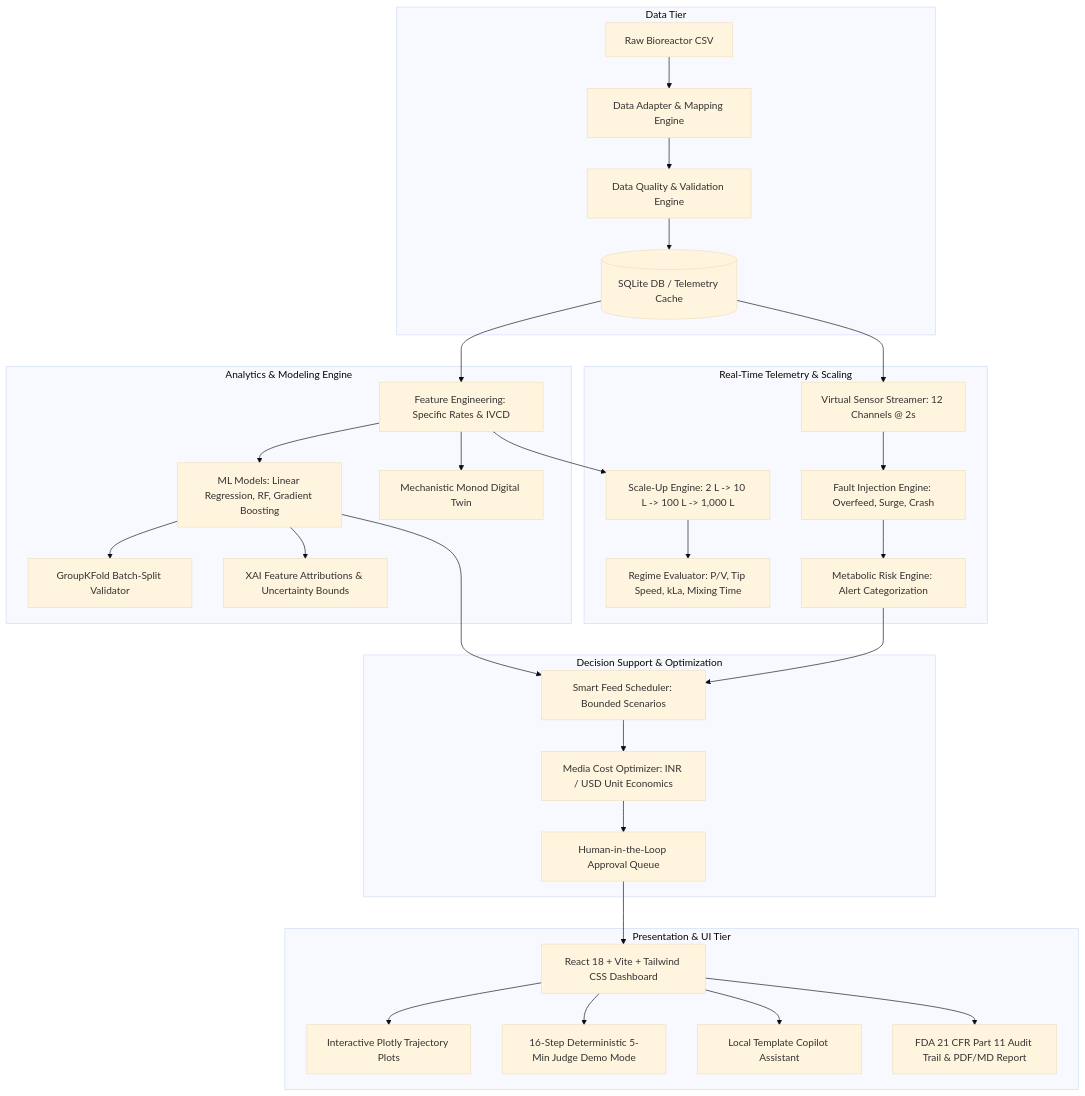
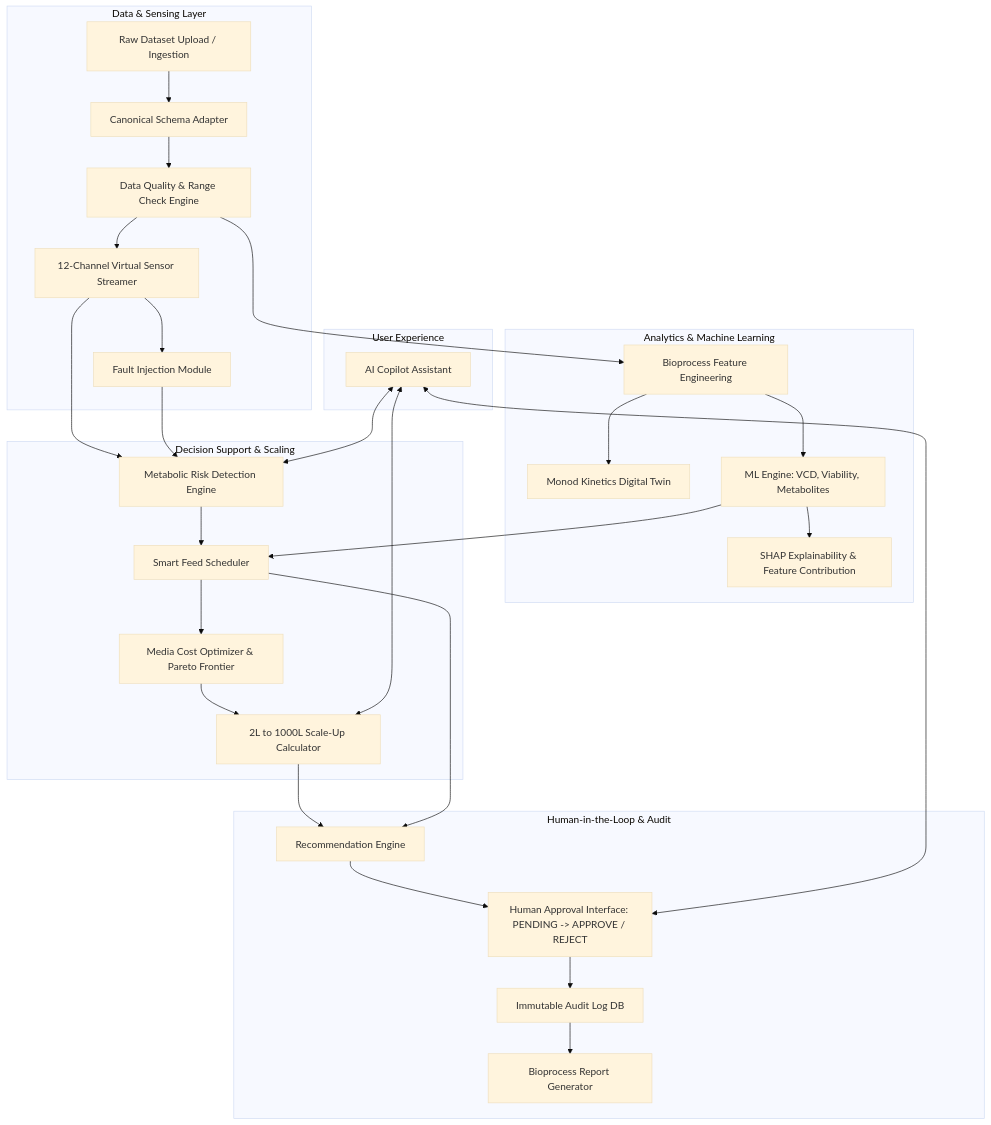
The diagram in docs/architecture.md (kishor0310/biocopilot), drawn with Mermaid (base theme) before and after one commit. The commit also changed other lines of this file and 86 other files, not shown here.

Commit message:
feat: add local updates and refactored architecture

````diff
--- a/docs/architecture.md
+++ b/docs/architecture.md
@@ -3,38 +5,36 @@
 ```mermaid
-flowchart TB
-    subgraph Data Tier
-        D1[Raw Bioreactor CSV] --> D2[Data Adapter & Mapping Engine]
-        D2 --> D3[Data Quality & Validation Engine]
-        D3 --> D4[(SQLite DB / Telemetry Cache)]
+graph TB
+    subgraph "Data & Sensing Layer"
+        RAW[Raw Dataset Upload / Ingestion] --> ADP[Canonical Schema Adapter]
+        ADP --> DQE[Data Quality & Range Check Engine]
+        DQE --> VSE[12-Channel Virtual Sensor Streamer]
+        VSE --> FI[Fault Injection Module]
     end
 
-    subgraph Analytics & Modeling Engine
-        D4 --> M1[Feature Engineering: Specific Rates & IVCD]
-        M1 --> M2[ML Models: Linear Regression, RF, Gradient Boosting]
-        M2 --> M3[GroupKFold Batch-Split Validator]
-        M2 --> M4[XAI Feature Attributions & Uncertainty Bounds]
-        M1 --> M5[Mechanistic Monod Digital Twin]
+    subgraph "Analytics & Machine Learning"
+        DQE --> FE[Bioprocess Feature Engineering]
+        FE --> MDK[Monod Kinetics Digital Twin]
+        FE --> ML[ML Engine: VCD, Viability, Metabolites]
+        ML --> XAI[SHAP Explainability & Feature Contribution]
     end
 
-    subgraph Real-Time Telemetry & Scaling
-        D4 --> S1[Virtual Sensor Streamer: 12 Channels @ 2s]
-        S1 --> S2[Fault Injection Engine: Overfeed, Surge, Crash]
-        S2 --> S3[Metabolic Risk Engine: Alert Categorization]
-        M1 --> SC1[Scale-Up Engine: 2 L -> 10 L -> 100 L -> 1,000 L]
-        SC1 --> SC2[Regime Evaluator: P/V, Tip Speed, kLa, Mixing Time]
+    subgraph "Decision Support & Scaling"
+        VSE & FI --> MRE[Metabolic Risk Detection Engine]
+        ML & MRE --> SFS[Smart Feed Scheduler]
+        SFS --> MCO[Media Cost Optimizer & Pareto Frontier]
+        MCO --> SUE[2L to 1000L Scale-Up Calculator]
     end
 
-    subgraph Decision Support & Optimization
-        M2 & S3 --> OP1[Smart Feed Scheduler: Bounded Scenarios]
-        OP1 --> OP2[Media Cost Optimizer: INR / USD Unit Economics]
-        OP2 --> OP3[Human-in-the-Loop Approval Queue]
+    subgraph "Human-in-the-Loop & Audit"
+        SUE & SFS --> REC[Recommendation Engine]
+        REC --> HITL[Human Approval Interface: PENDING -> APPROVE / REJECT]
+        HITL --> AUD[Immutable Audit Log DB]
+        AUD --> RPT[Bioprocess Report Generator]
     end
 
-    subgraph Presentation & UI Tier
-        OP3 --> UI1[React 18 + Vite + Tailwind CSS Dashboard]
-        UI1 --> UI2[Interactive Plotly Trajectory Plots]
-        UI1 --> UI3[16-Step Deterministic 5-Min Judge Demo Mode]
-        UI1 --> UI4[Local Template Copilot Assistant]
-        UI1 --> UI5[FDA 21 CFR Part 11 Audit Trail & PDF/MD Report]
+    subgraph "User Experience"
+        COP[AI Copilot Assistant] <--> HITL
+        COP <--> MRE
+        COP <--> SUE
     end
 ```
````
